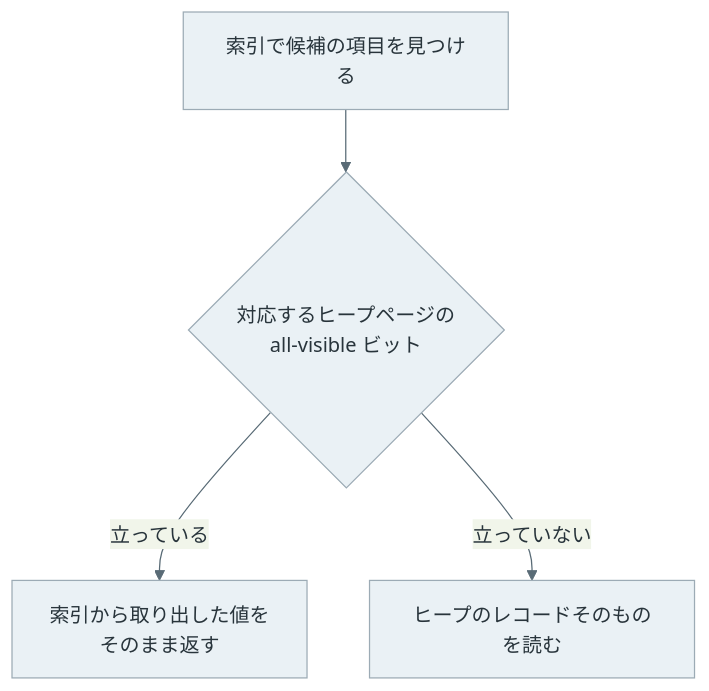
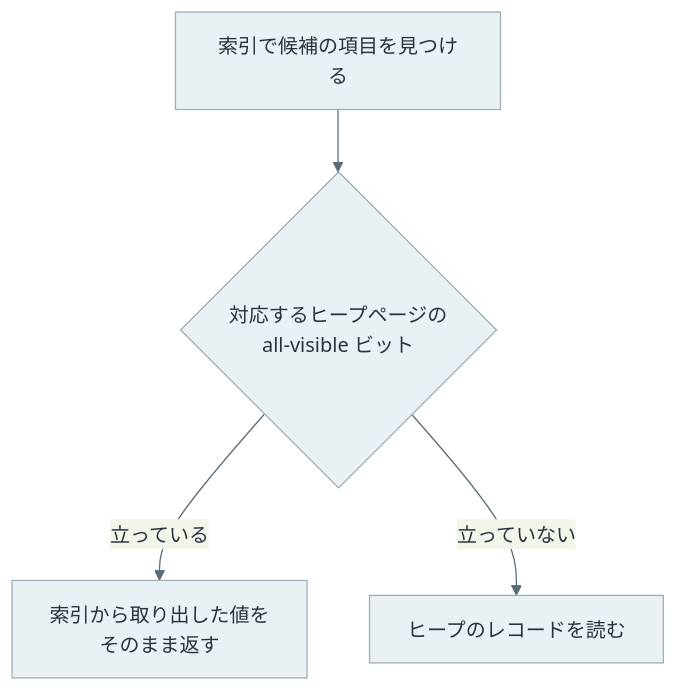
Before and after one commit to nao1215/debimate: the fifth of 8 diagrams in content/notes/database-systems/index-scan/index.md, drawn with Mermaid. The commit also changed other lines of this file and 32 other files, not shown here.

````diff
--- a/content/notes/database-systems/index-scan/index.md
+++ b/content/notes/database-systems/index-scan/index.md
@@ -218,8 +256,8 @@
 ```mermaid
 %%{init: {"theme":"base","themeVariables":{"primaryColor":"#eaf1f5","primaryTextColor":"#28343b","primaryBorderColor":"#9cabb5","lineColor":"#596b76","textColor":"#28343b","actorBkg":"#eaf1f5","actorBorder":"#9cabb5","actorTextColor":"#28343b","actorLineColor":"#9cabb5","signalColor":"#596b76","signalTextColor":"#28343b","noteBkgColor":"#f7f1e5","noteBorderColor":"#c5b99b","noteTextColor":"#403c32","activationBkgColor":"#edf3ef","activationBorderColor":"#9aafa1"}}}%%
 flowchart TB
     F["索引で候補の項目を見つける"] --> V{"対応するヒープページの<br/>all-visible ビット"}
     V -->|"立っている"| A["索引から取り出した値を<br/>そのまま返す"]
-    V -->|"立っていない"| B["ヒープのレコードそのものを読む"]
+    V -->|"立っていない"| B["ヒープのレコードを読む"]
     classDef default fill:#eaf1f5,stroke:#9cabb5,color:#28343b;
 ```
````
